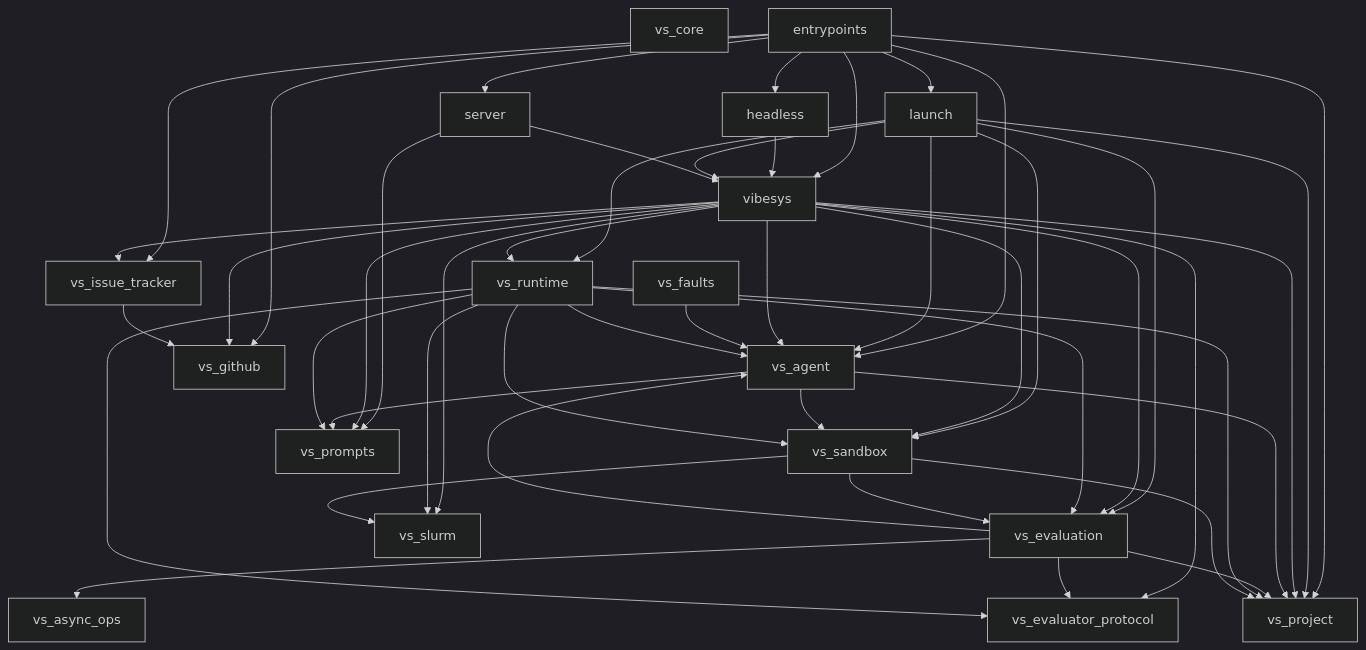
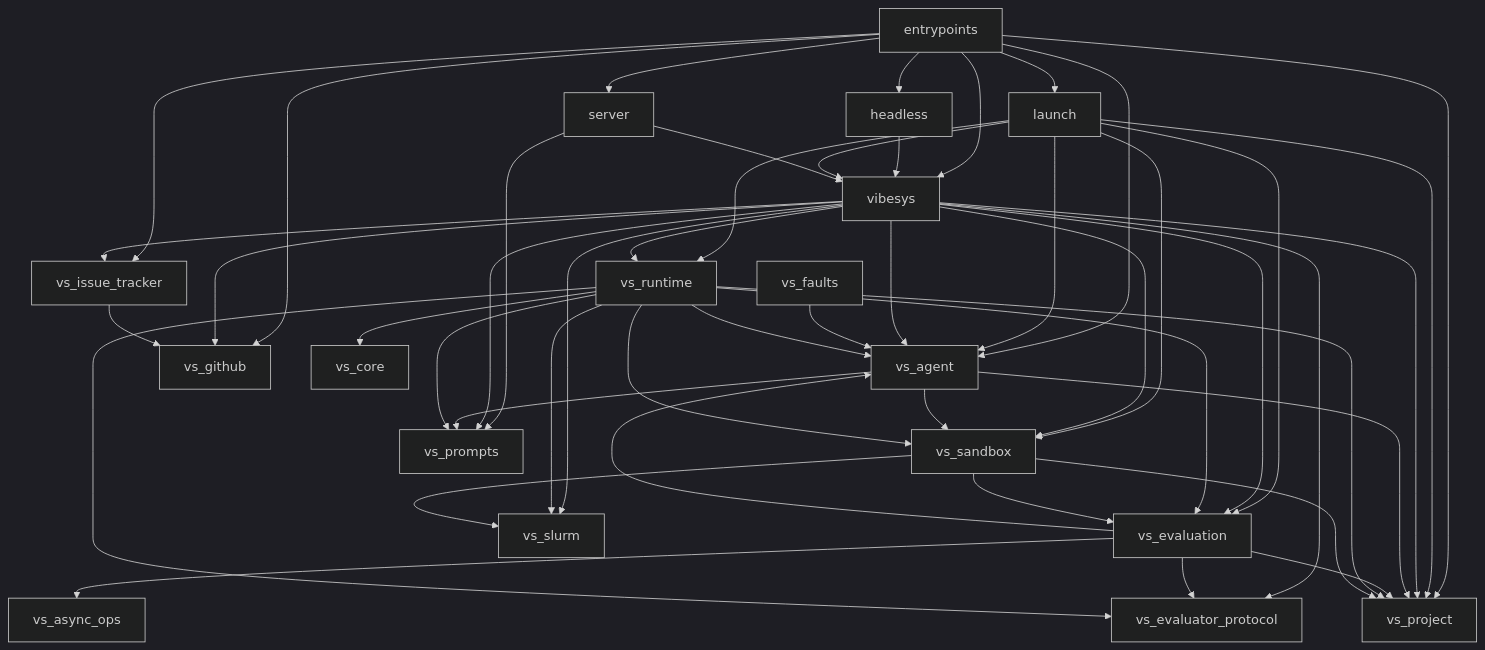
Before and after one commit to uw-syfi/vibesys: the first of 3 diagrams in docs/contributing/architecture.md, drawn with Mermaid (dark theme). The commit also changed other lines of this file and 6 other files, not shown here.

Commit message:
feat(vs-runtime): add durable core shell and typed request roles

````diff
--- a/docs/contributing/architecture.md
+++ b/docs/contributing/architecture.md
@@ -87,50 +87,50 @@
 ```mermaid
 graph TD
-    vs_core
     entrypoints --> headless
     entrypoints --> launch
     entrypoints --> server
     entrypoints --> vibesys
     entrypoints --> vs_agent
     entrypoints --> vs_github
     entrypoints --> vs_issue_tracker
     entrypoints --> vs_project
     headless --> vibesys
     launch --> vibesys
     launch --> vs_agent
     launch --> vs_evaluation
     launch --> vs_project
     launch --> vs_runtime
     launch --> vs_sandbox
     server --> vibesys
     server --> vs_prompts
     vibesys --> vs_agent
     vibesys --> vs_evaluation
     vibesys --> vs_evaluator_protocol
     vibesys --> vs_github
     vibesys --> vs_issue_tracker
     vibesys --> vs_project
     vibesys --> vs_prompts
     vibesys --> vs_runtime
     vibesys --> vs_sandbox
     vibesys --> vs_slurm
     vs_agent --> vs_project
     vs_agent --> vs_prompts
     vs_agent --> vs_sandbox
     vs_evaluation --> vs_agent
     vs_evaluation --> vs_async_ops
     vs_evaluation --> vs_evaluator_protocol
     vs_evaluation --> vs_project
     vs_faults --> vs_agent
     vs_issue_tracker --> vs_github
     vs_runtime --> vs_agent
+    vs_runtime --> vs_core
     vs_runtime --> vs_evaluation
     vs_runtime --> vs_evaluator_protocol
     vs_runtime --> vs_project
     vs_runtime --> vs_prompts
     vs_runtime --> vs_sandbox
     vs_runtime --> vs_slurm
     vs_sandbox --> vs_evaluation
     vs_sandbox --> vs_project
     vs_sandbox --> vs_slurm
 ```
````
